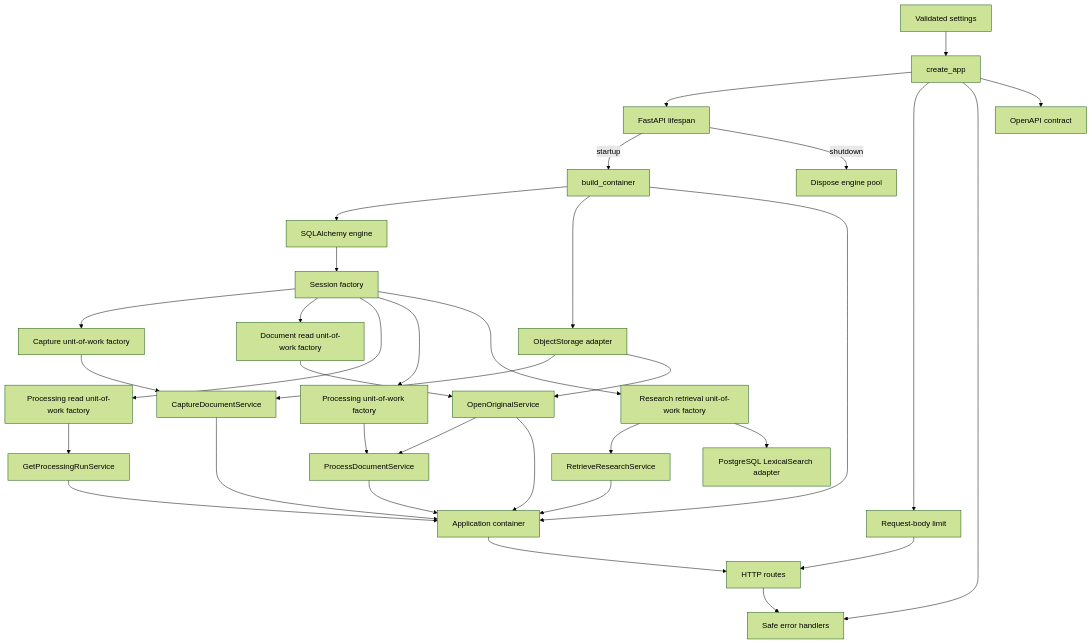
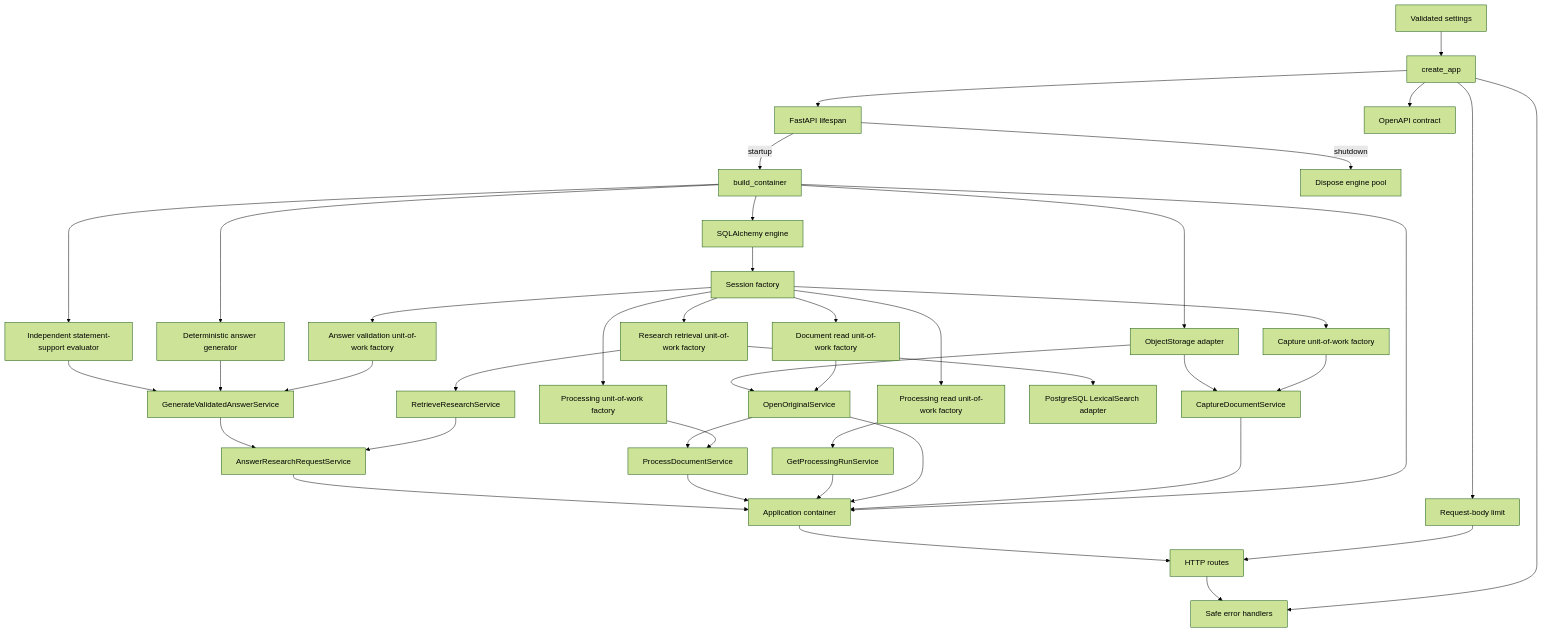
One commit to rnkraus/investment-research changed the first of 2 diagrams in backend/src/investment_research/README.md. Above: the diagram before and after it, drawn with Mermaid (forest theme). The commit also changed other lines of this file and 9 other files, not shown here.

Commit message:
feat(research): wire validated answer workflow

````diff
--- a/backend/src/investment_research/README.md
+++ b/backend/src/investment_research/README.md
@@ -19,36 +19,44 @@
 ```mermaid
 flowchart TD
     SETTINGS[Validated settings] --> MAIN[create_app]
     MAIN --> LIFE[FastAPI lifespan]
     LIFE -->|startup| BOOT[build_container]
     BOOT --> ENGINE[SQLAlchemy engine]
     ENGINE --> SESSIONS[Session factory]
     SESSIONS --> CAPTUREUOW[Capture unit-of-work factory]
     SESSIONS --> READUOW[Document read unit-of-work factory]
     SESSIONS --> STATUSUOW[Processing read unit-of-work factory]
     SESSIONS --> PROCESSUOW[Processing unit-of-work factory]
     SESSIONS --> RETRIEVALUOW[Research retrieval unit-of-work factory]
+    SESSIONS --> ANSWERUOW[Answer validation unit-of-work factory]
     BOOT --> STORAGE[ObjectStorage adapter]
+    BOOT --> GENERATOR[Deterministic answer generator]
+    BOOT --> SUPPORT[Independent statement-support evaluator]
     CAPTUREUOW --> CAPTURE[CaptureDocumentService]
     READUOW --> ORIGINAL[OpenOriginalService]
     STATUSUOW --> STATUS[GetProcessingRunService]
     PROCESSUOW --> PROCESS[ProcessDocumentService]
     RETRIEVALUOW --> RETRIEVE[RetrieveResearchService]
     RETRIEVALUOW --> LEXICAL[PostgreSQL LexicalSearch adapter]
+    ANSWERUOW --> GENERATE[GenerateValidatedAnswerService]
+    GENERATOR --> GENERATE
+    SUPPORT --> GENERATE
+    RETRIEVE --> ANSWERREQUEST[AnswerResearchRequestService]
+    GENERATE --> ANSWERREQUEST
     STORAGE --> CAPTURE
     STORAGE --> ORIGINAL
     ORIGINAL --> PROCESS
     BOOT --> STATE[Application container]
     CAPTURE --> STATE
     ORIGINAL --> STATE
     STATUS --> STATE
     PROCESS --> STATE
-    RETRIEVE --> STATE
+    ANSWERREQUEST --> STATE
     MAIN --> LIMIT[Request-body limit]
     LIMIT --> ROUTES[HTTP routes]
     MAIN --> ERRORS[Safe error handlers]
     MAIN --> OPENAPI[OpenAPI contract]
     STATE --> ROUTES
     ROUTES --> ERRORS
     LIFE -->|shutdown| CLOSE[Dispose engine pool]
 ```
````
